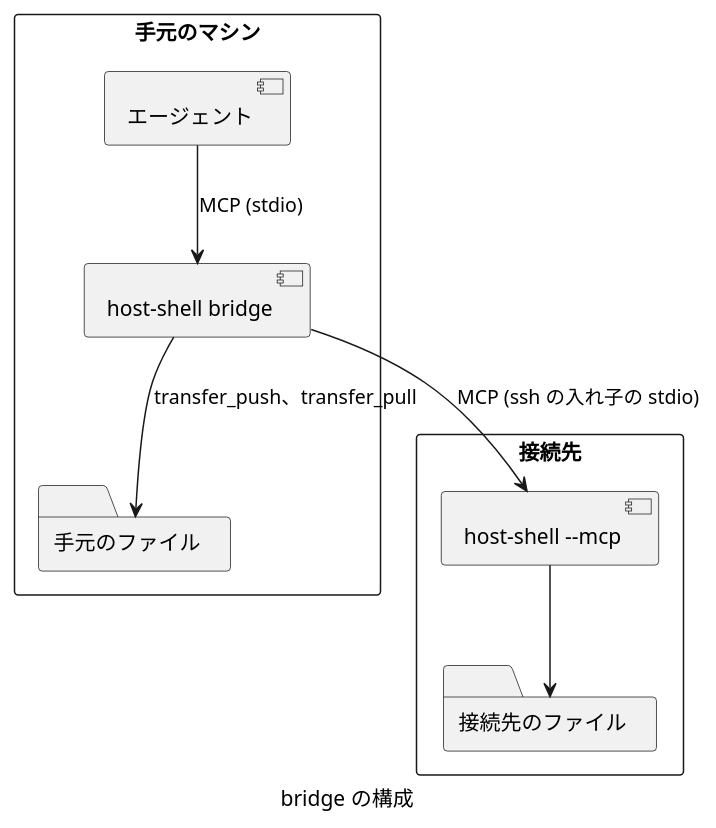
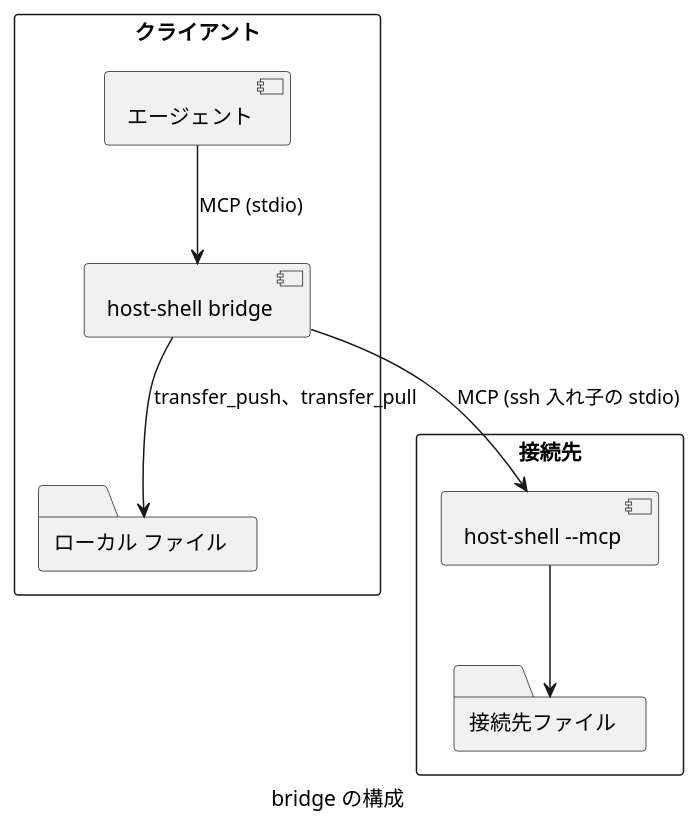
The second of 2 diagrams in docs/reference.md (Hondarer/host-shell-mcp), drawn with PlantUML before and after one commit. The commit also changed other lines of this file and 83 other files, not shown here.

````diff
--- a/docs/reference.md
+++ b/docs/reference.md
@@ -1747,18 +1464,18 @@
 ```plantuml
 @startuml bridge の構成
     caption bridge の構成
-    rectangle "手元のマシン" {
+    rectangle "クライアント" {
         component "エージェント" as agent
         component "host-shell bridge" as bridge
-        folder "手元のファイル" as local
+        folder "ローカル ファイル" as local
     }
     rectangle "接続先" {
         component "host-shell --mcp" as remote
-        folder "接続先のファイル" as files
+        folder "接続先ファイル" as files
     }
     agent --> bridge : MCP (stdio)
-    bridge --> remote : MCP (ssh の入れ子の stdio)
+    bridge --> remote : MCP (ssh 入れ子の stdio)
     bridge --> local : transfer_push、transfer_pull
     remote --> files
 @enduml
 ```
````
